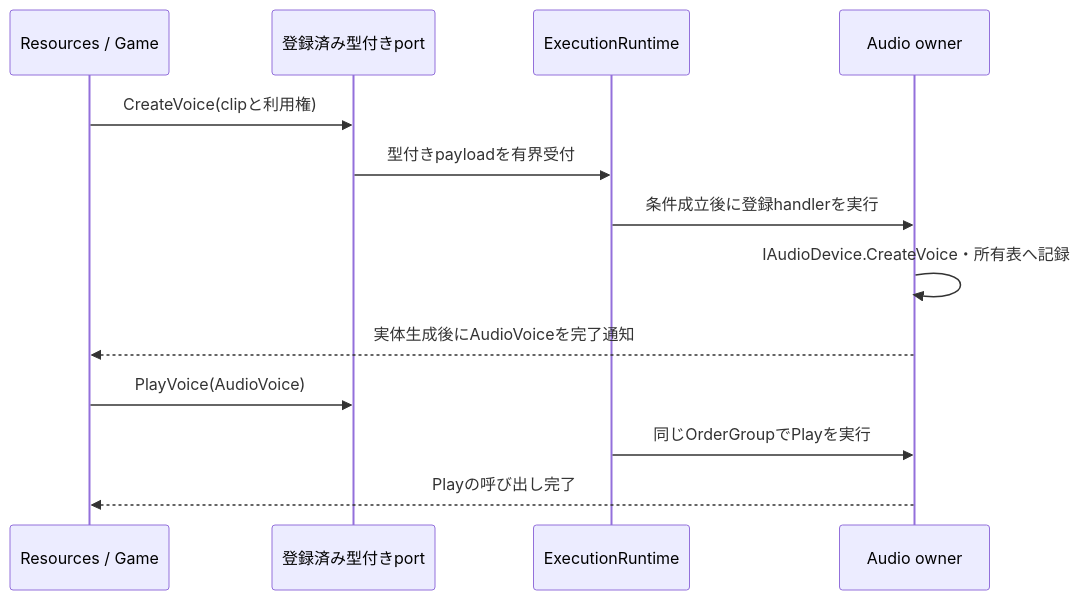
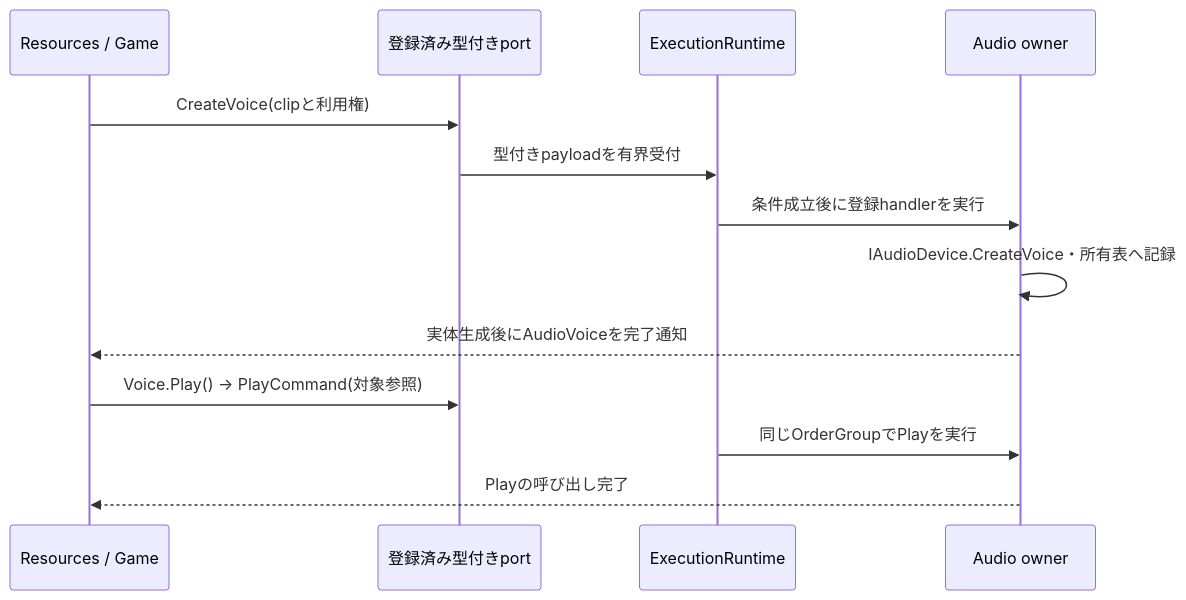
One commit to ikihiki/Lumyte changed the second of 2 diagrams in docs/adr/core/CORE-0003-execution-and-jobs.md. Above: the diagram before and after it, drawn with Mermaid. The commit also changed other lines of this file, not shown here.

Commit message:
docs: generate compact instance-bound command senders

````diff
--- a/docs/adr/core/CORE-0003-execution-and-jobs.md
+++ b/docs/adr/core/CORE-0003-execution-and-jobs.md
@@ -578,15 +696,15 @@
 ```mermaid
 sequenceDiagram
     participant Caller as Resources / Game
     participant Port as 登録済み型付きport
     participant Runtime as ExecutionRuntime
     participant Owner as Audio owner
     Caller->>Port: CreateVoice(clipと利用権)
     Port->>Runtime: 型付きpayloadを有界受付
     Runtime->>Owner: 条件成立後に登録handlerを実行
     Owner->>Owner: IAudioDevice.CreateVoice・所有表へ記録
     Owner-->>Caller: 実体生成後にAudioVoiceを完了通知
-    Caller->>Port: PlayVoice(AudioVoice)
+    Caller->>Port: Voice.Play() → PlayCommand(対象参照)
     Runtime->>Owner: 同じOrderGroupでPlayを実行
     Owner-->>Caller: Playの呼び出し完了
 ```
````
